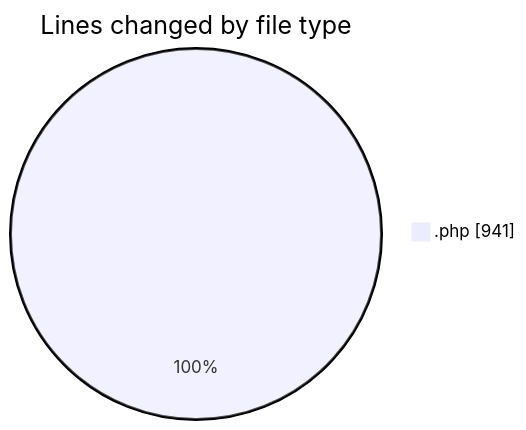
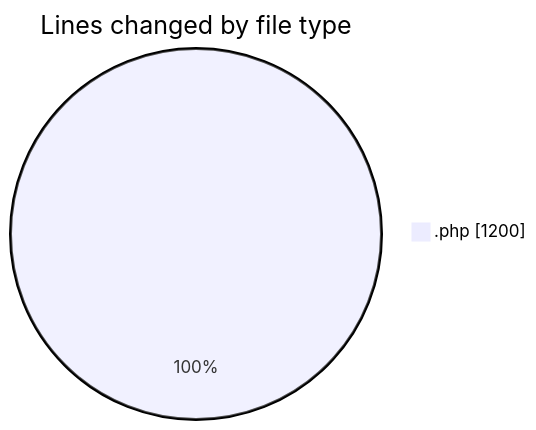
The first of 2 diagrams in 2026-09-02/oficina/README.md (LanceThiago/code-tracking), drawn with Mermaid before and after one commit. The commit also changed other lines of this file and 1 other file, not shown here.

````diff
--- a/2026-09-02/oficina/README.md
+++ b/2026-09-02/oficina/README.md
@@ -21,5 +21,5 @@
 ```mermaid
 pie showData
 title Lines changed by file type
-".php" : 941
+".php" : 1200
 ```
````
